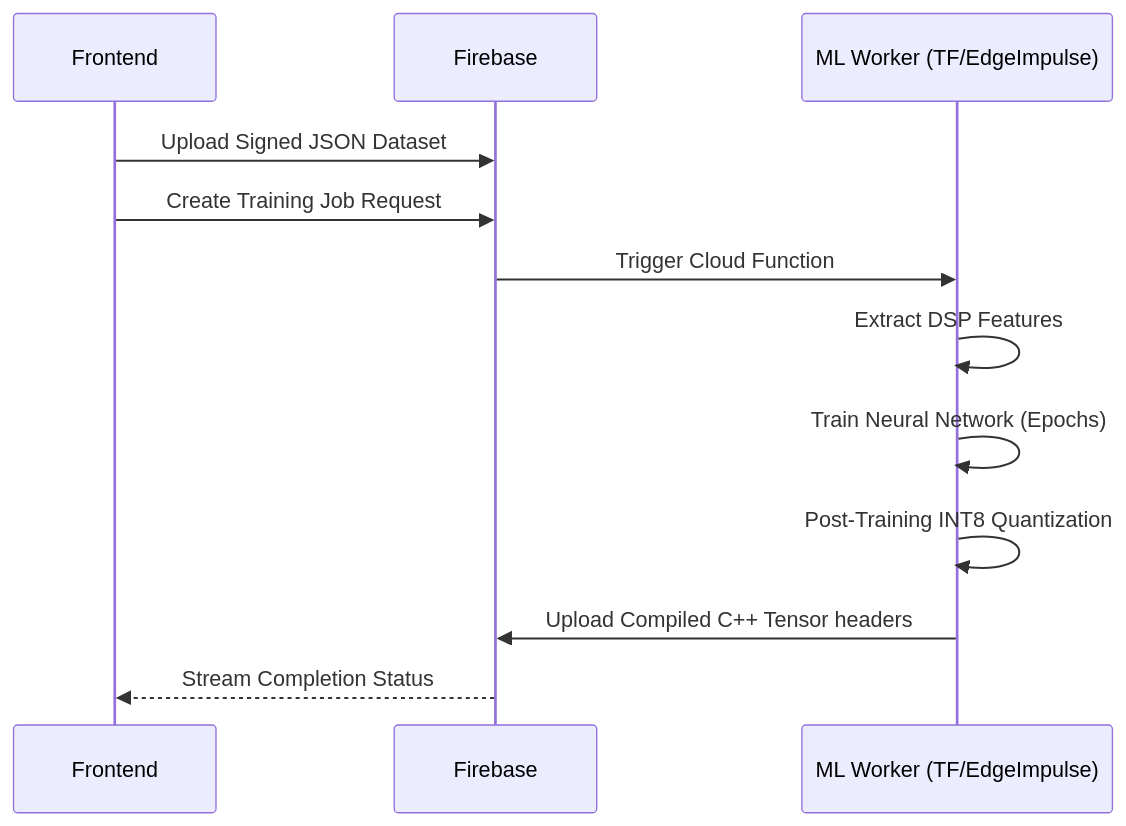
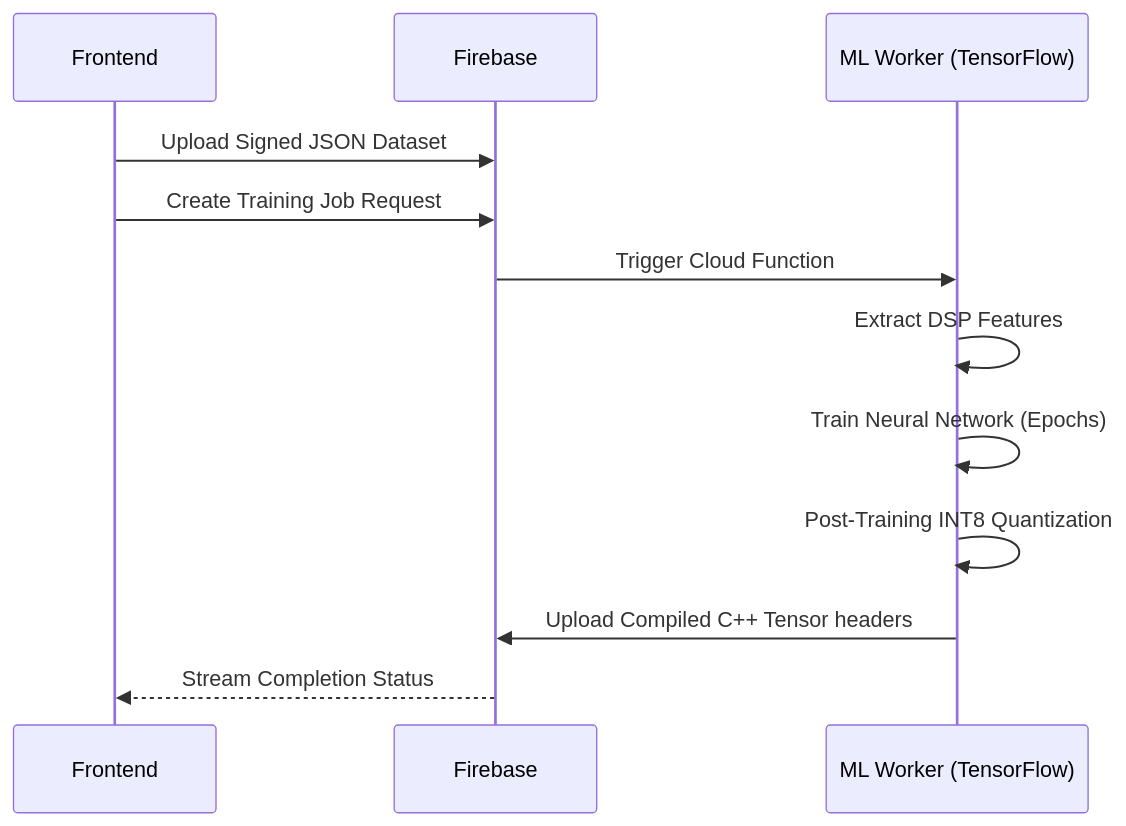
The second of 2 diagrams in README.md (AnasWagih25/BitBlock), drawn with Mermaid before and after one commit. The commit also changed other lines of this file, not shown here.

Commit message:
docs: rewrite and restructure README project overview and technical architecture sections

````diff
--- a/README.md
+++ b/README.md
@@ -50,15 +51,15 @@
 ```mermaid
 sequenceDiagram
     participant Frontend
     participant Firebase
-    participant MLWorker as ML Worker (TF/EdgeImpulse)
+    participant MLWorker as ML Worker (TensorFlow)
     
     Frontend->>Firebase: Upload Signed JSON Dataset
     Frontend->>Firebase: Create Training Job Request
     Firebase->>MLWorker: Trigger Cloud Function
     MLWorker->>MLWorker: Extract DSP Features
     MLWorker->>MLWorker: Train Neural Network (Epochs)
     MLWorker->>MLWorker: Post-Training INT8 Quantization
     MLWorker->>Firebase: Upload Compiled C++ Tensor headers
     Firebase-->>Frontend: Stream Completion Status
 ```
````
